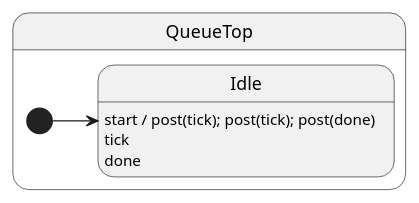
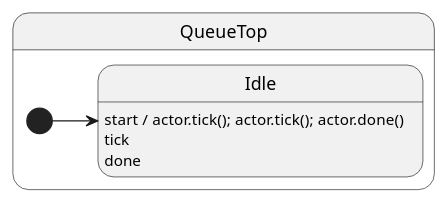
The diagram in packages/ihsm/examples/08-post-and-sync/README.md (filasieno/ihsm), drawn with PlantUML before and after one commit. The commit also changed other lines of this file and 308 other files, not shown here.

````diff
--- a/packages/ihsm/examples/08-post-and-sync/README.md
+++ b/packages/ihsm/examples/08-post-and-sync/README.md
@@ -28,11 +28,11 @@
 ```plantuml
 @startuml
 left to right direction
 state QueueTop {
   [*] --> Idle
-  Idle : start / post(tick); post(tick); post(done)
+  Idle : start / actor.tick(); actor.tick(); actor.done()
   Idle : tick
   Idle : done
 }
 @enduml
 ```
````
